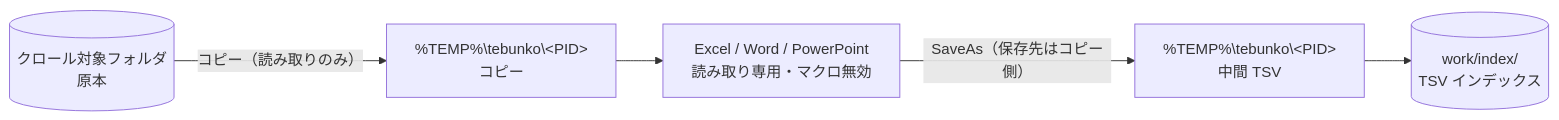
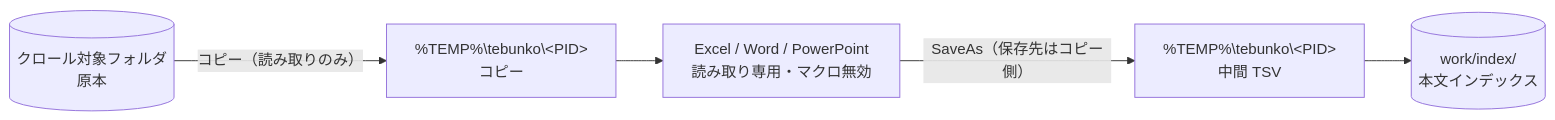
The diagram in docs/safety/file-access.md (hsgwa/tebunko), drawn with Mermaid before and after one commit. The commit also changed other lines of this file and 27 other files, not shown here.

````diff
--- a/docs/safety/file-access.md
+++ b/docs/safety/file-access.md
@@ -32,13 +32,13 @@
 ```mermaid
 flowchart LR
     src[("クロール対象フォルダ<br>原本")]
     copy["%TEMP%\tebunko\#lt;PID#gt;<br>コピー"]
     office["Excel / Word / PowerPoint<br>読み取り専用・マクロ無効"]
     tsv["%TEMP%\tebunko\#lt;PID#gt;<br>中間 TSV"]
-    idx[("work/index/<br>TSV インデックス")]
+    idx[("work/index/<br>本文インデックス")]
 
     src -- "コピー（読み取りのみ）" --> copy
     copy --> office
     office -- "SaveAs（保存先はコピー側）" --> tsv
     tsv --> idx
 ```
````
